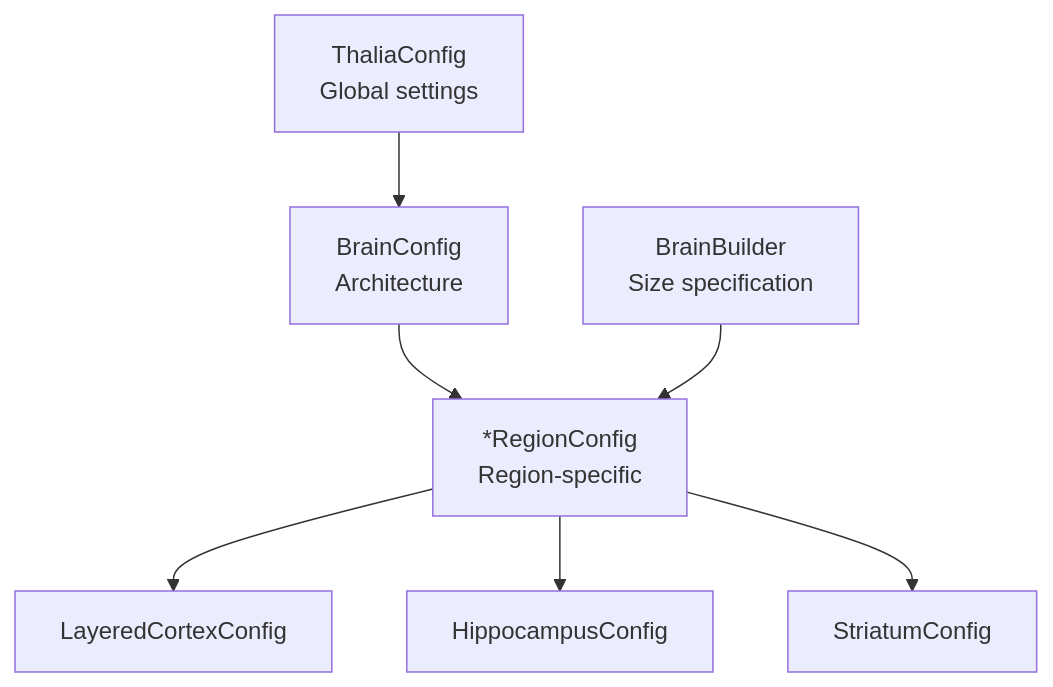
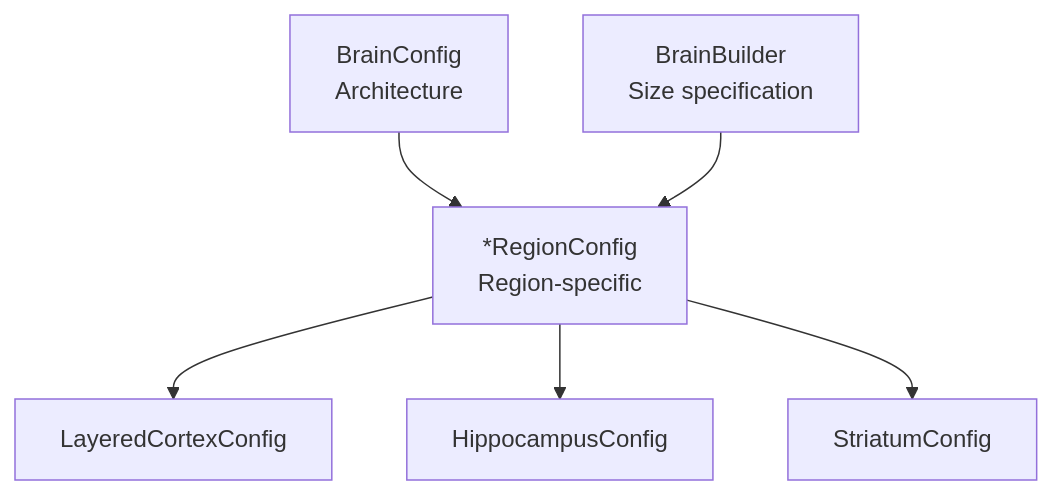
The seventh of 7 diagrams in docs/api/ARCHITECTURE_GUIDE.md (kevin-heitfeld/thalia), drawn with Mermaid before and after one commit. The commit also changed other lines of this file and 40 other files, not shown here.

````diff
--- a/docs/api/ARCHITECTURE_GUIDE.md
+++ b/docs/api/ARCHITECTURE_GUIDE.md
@@ -198,14 +198,12 @@
 ```mermaid
 graph TD
-    Global[ThaliaConfig<br/>Global settings]
     Brain[BrainConfig<br/>Architecture]
     Regional[*RegionConfig<br/>Region-specific]
     Builder[BrainBuilder<br/>Size specification]
 
-    Global --> Brain
     Brain --> Regional
     Builder --> Regional
     Regional --> Cortex[LayeredCortexConfig]
     Regional --> Hippo[HippocampusConfig]
     Regional --> Stri[StriatumConfig]
 ```
````
